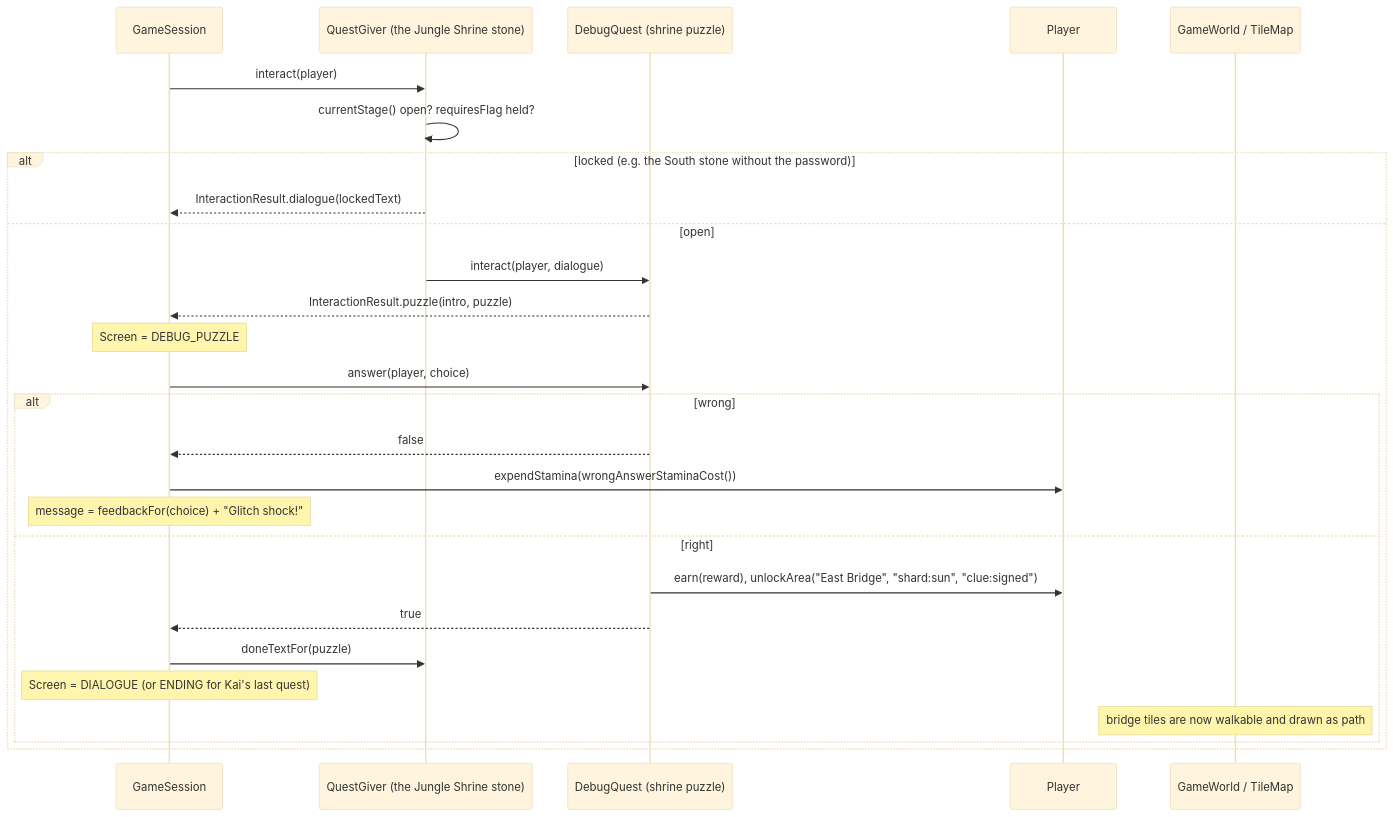
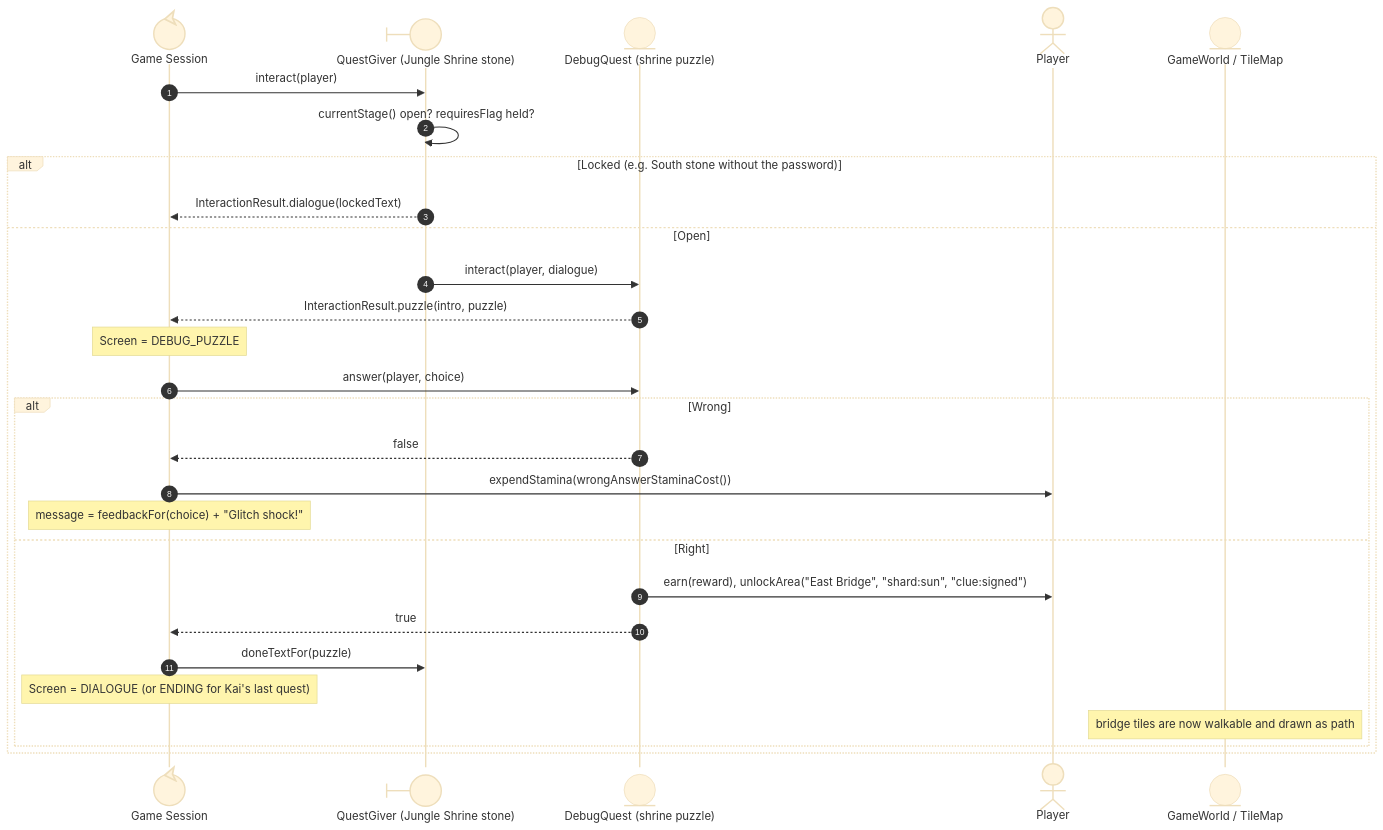
One commit to pgardose/Isla changed the fourth of 5 diagrams in README.md. Above: the diagram before and after it, drawn with Mermaid (base theme). The commit also changed other lines of this file, not shown here.

````diff
--- a/README.md
+++ b/README.md
@@ -408,29 +354,30 @@
 ```mermaid
 sequenceDiagram
-  participant S as GameSession
-  participant G as QuestGiver (the Jungle Shrine stone)
-  participant Q as DebugQuest (shrine puzzle)
-  participant P as Player
-  participant W as GameWorld / TileMap
-  S->>G: interact(player)
-  G->>G: currentStage() open? requiresFlag held?
-  alt locked (e.g. the South stone without the password)
-    G-->>S: InteractionResult.dialogue(lockedText)
-  else open
-    G->>Q: interact(player, dialogue)
-    Q-->>S: InteractionResult.puzzle(intro, puzzle)
-    Note over S: Screen = DEBUG_PUZZLE
-    S->>Q: answer(player, choice)
-    alt wrong
-      Q-->>S: false
-      S->>P: expendStamina(wrongAnswerStaminaCost())
-      Note over S: message = feedbackFor(choice) + "Glitch shock!"
-    else right
-      Q->>P: earn(reward), unlockArea("East Bridge", "shard:sun", "clue:signed")
-      Q-->>S: true
-      S->>G: doneTextFor(puzzle)
-      Note over S: Screen = DIALOGUE (or ENDING for Kai's last quest)
-      Note over W: bridge tiles are now walkable and drawn as path
-    end
-  end
+  autonumber
+  participant S@{ "type": "control" } as Game Session
+participant G@{ "type": "boundary" } as QuestGiver (Jungle Shrine stone)
+participant Q@{ "type": "entity" } as DebugQuest (shrine puzzle)
+participant P@{ "type": "actor" } as Player
+participant W@{ "type": "entity" } as GameWorld / TileMap
+S->>G: interact(player)
+G->>G: currentStage() open? requiresFlag held?
+alt Locked (e.g. South stone without the password)
+G-->>S: InteractionResult.dialogue(lockedText)
+else Open
+G->>Q: interact(player, dialogue)
+Q-->>S: InteractionResult.puzzle(intro, puzzle)
+Note over S: Screen = DEBUG_PUZZLE
+S->>Q: answer(player, choice)
+alt Wrong
+Q-->>S: false
+S->>P: expendStamina(wrongAnswerStaminaCost())
+Note over S: message = feedbackFor(choice) + "Glitch shock!"
+else Right
+Q->>P: earn(reward), unlockArea("East Bridge", "shard:sun", "clue:signed")
+Q-->>S: true
+S->>G: doneTextFor(puzzle)
+Note over S: Screen = DIALOGUE (or ENDING for Kai's last quest)
+Note over W: bridge tiles are now walkable and drawn as path
+end
+end
 ```
````
